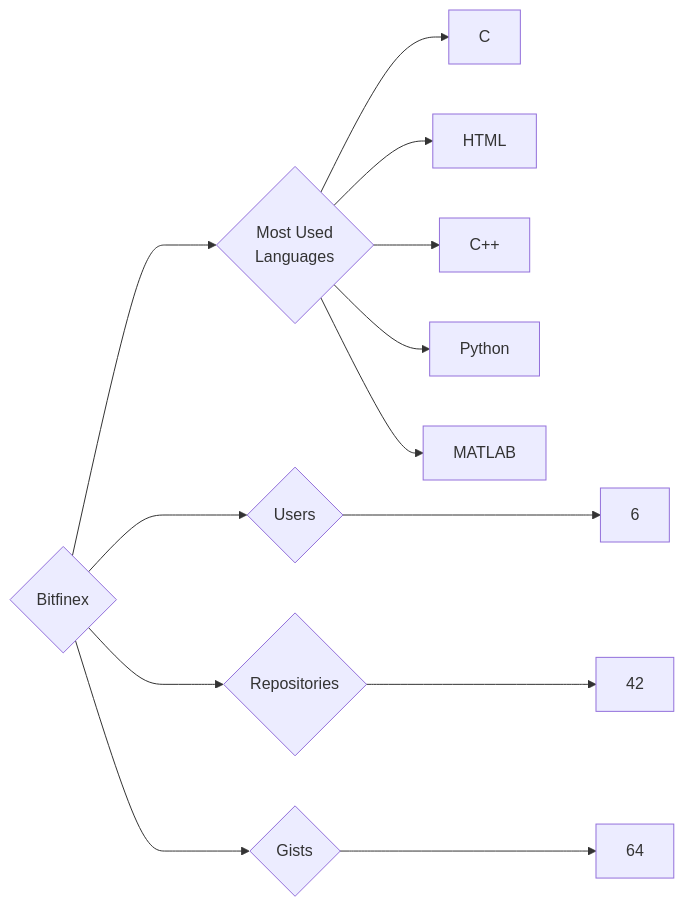
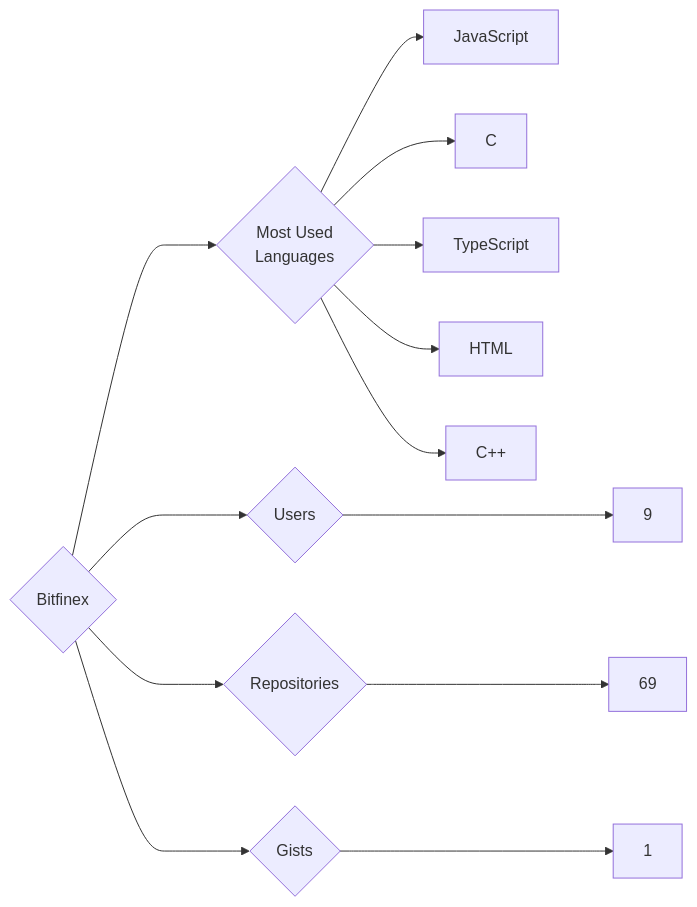
The diagram in targets/Bitfinex/README.md (trickest/insiders), drawn with Mermaid before and after one commit. The commit also changed 1123 other files, not shown here.

````diff
--- a/targets/Bitfinex/README.md
+++ b/targets/Bitfinex/README.md
@@ -3,13 +3,13 @@
 ```mermaid
 graph LR
 COMPANY_NAME{Bitfinex}
-COMPANY_NAME ---> U{Users} ---> UN[6]
-COMPANY_NAME ---> R{Repositories} ---> RN[42]
-COMPANY_NAME ---> G{Gists} ---> GN[64]
+COMPANY_NAME ---> U{Users} ---> UN[9]
+COMPANY_NAME ---> R{Repositories} ---> RN[69]
+COMPANY_NAME ---> G{Gists} ---> GN[1]
 COMPANY_NAME ---> ML{Most Used<br>Languages}
+ML --> JavaScript[JavaScript]
 ML --> C[C]
+ML --> TypeScript[TypeScript]
 ML --> HTML[HTML]
 ML --> C++[C++]
-ML --> Python[Python]
-ML --> MATLAB[MATLAB]
 ```
````
